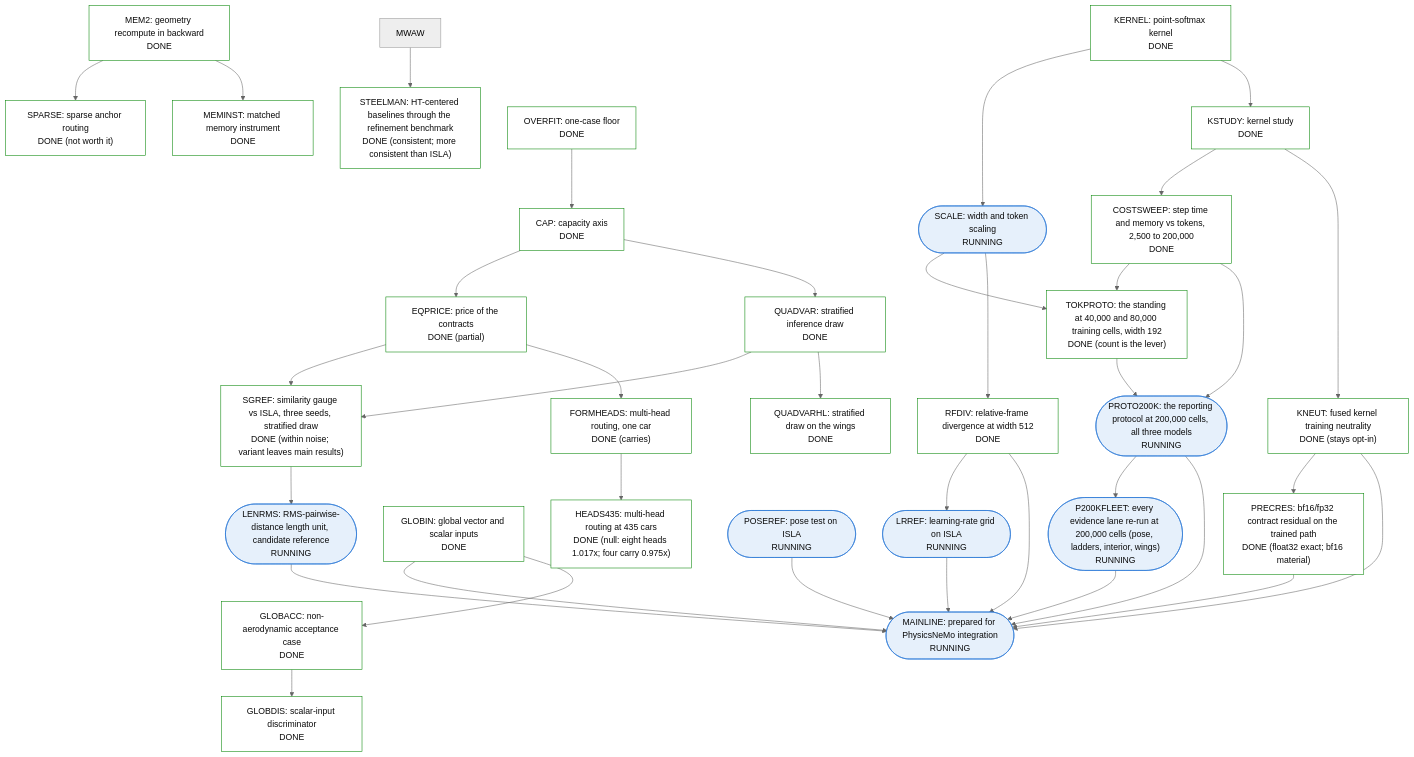
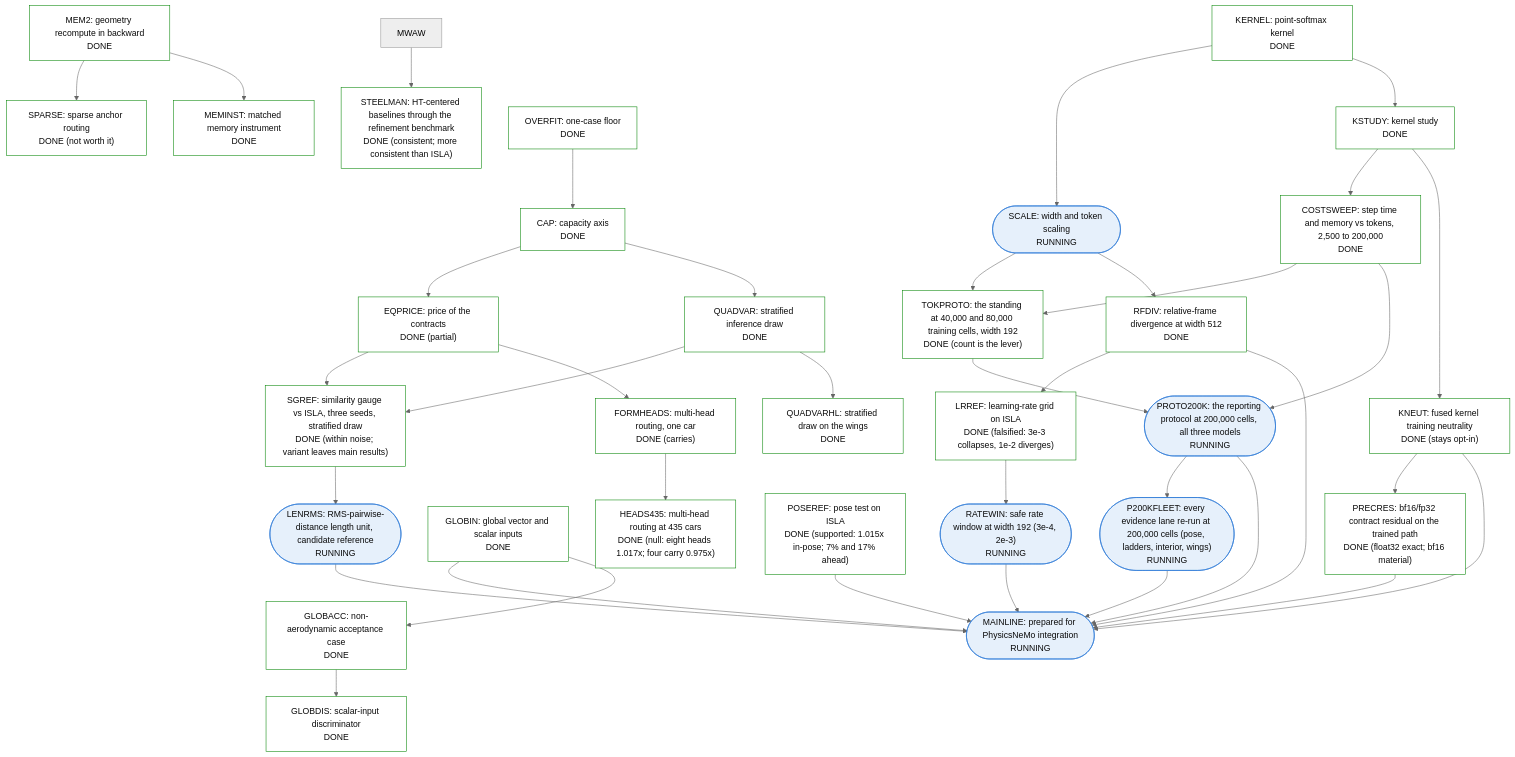
The fifth of 5 diagrams in examples/cfd/mesh_transformer/book/13-program-status.qmd (peterdsharpe/physicsnemo), drawn with Mermaid (neutral theme) before and after one commit. The commit also changed other lines of this file and 10 other files, not shown here.

````diff
--- a/examples/cfd/mesh_transformer/book/13-program-status.qmd
+++ b/examples/cfd/mesh_transformer/book/13-program-status.qmd
@@ -281,75 +281,77 @@
 ```{mermaid}
 %%| fig-cap: >
 %%|   Sub-tree 5: cost, scale, deficit anatomy and mainline. HEADS435 is the
 %%|   one node RUNNING with a bar that could change ISLA's
 %%|   configuration; MAINLINE is the productization node.
 flowchart TB
     classDef done fill:#ffffff,stroke:#008300,color:#0b0b0b
     classDef running fill:#e6f0fb,stroke:#2a78d6,color:#0b0b0b
     classDef planned fill:#ffffff,stroke:#898781,color:#0b0b0b,stroke-dasharray:4 3
     classDef stopped fill:#f4f3ee,stroke:#52514e,color:#0b0b0b
     MEM2["MEM2: geometry recompute in backward<br/>DONE"]:::done
     MEMINST["MEMINST: matched memory instrument<br/>DONE"]:::done
     SPARSE["SPARSE: sparse anchor routing<br/>DONE (not worth it)"]:::done
     KERNEL["KERNEL: point-softmax kernel<br/>DONE"]:::done
     KSTUDY["KSTUDY: kernel study<br/>DONE"]:::done
     KNEUT["KNEUT: fused kernel training neutrality<br/>DONE (stays opt-in)"]:::done
     SCALE(["SCALE: width and token scaling<br/>RUNNING"]):::running
     RFDIV["RFDIV: relative-frame divergence at width 512<br/>DONE"]:::done
     OVERFIT["OVERFIT: one-case floor<br/>DONE"]:::done
     CAP["CAP: capacity axis<br/>DONE"]:::done
     QUADVAR["QUADVAR: stratified inference draw<br/>DONE"]:::done
     QUADVARHL["QUADVARHL: stratified draw on the wings<br/>DONE"]:::done
     EQPRICE["EQPRICE: price of the contracts<br/>DONE (partial)"]:::done
     FORMHEADS["FORMHEADS: multi-head routing, one car<br/>DONE (carries)"]:::done
     HEADS435["HEADS435: multi-head routing at 435 cars<br/>DONE (null: eight heads 1.017x; four carry 0.975x)"]:::done
     GLOBIN["GLOBIN: global vector and scalar inputs<br/>DONE"]:::done
     GLOBACC["GLOBACC: non-aerodynamic acceptance case<br/>DONE"]:::done
     GLOBDIS["GLOBDIS: scalar-input discriminator<br/>DONE"]:::done
     MAINLINE(["MAINLINE: prepared for PhysicsNeMo integration<br/>RUNNING"]):::running
     PRECRES["PRECRES: bf16/fp32 contract residual on the trained path<br/>DONE (float32 exact; bf16 material)"]:::done
     SGREF["SGREF: similarity gauge vs ISLA, three seeds, stratified draw<br/>DONE (within noise; variant leaves main results)"]:::done
-    POSEREF(["POSEREF: pose test on ISLA<br/>RUNNING"]):::running
-    LRREF(["LRREF: learning-rate grid on ISLA<br/>RUNNING"]):::running
+    POSEREF["POSEREF: pose test on ISLA<br/>DONE (supported: 1.015x in-pose; 7% and 17% ahead)"]:::done
+    LRREF["LRREF: learning-rate grid on ISLA<br/>DONE (falsified: 3e-3 collapses, 1e-2 diverges)"]:::done
+    RATEWIN(["RATEWIN: safe rate window at width 192 (3e-4, 2e-3)<br/>RUNNING"]):::running
     LENRMS(["LENRMS: RMS-pairwise-distance length unit, candidate reference<br/>RUNNING"]):::running
     STEELMAN["STEELMAN: HT-centered baselines through the refinement benchmark<br/>DONE (consistent; more consistent than ISLA)"]:::done
     TOKPROTO["TOKPROTO: the standing at 40,000 and 80,000 training cells, width 192<br/>DONE (count is the lever)"]:::done
     PROTO200K(["PROTO200K: the reporting protocol at 200,000 cells, all three models<br/>RUNNING"]):::running
     P200KFLEET(["P200KFLEET: every evidence lane re-run at 200,000 cells (pose, ladders, interior, wings)<br/>RUNNING"]):::running
     COSTSWEEP["COSTSWEEP: step time and memory vs tokens, 2,500 to 200,000<br/>DONE"]:::done
     MEM2 --> MEMINST
     MEM2 --> SPARSE
     KERNEL --> KSTUDY
     KSTUDY --> KNEUT
     KERNEL --> SCALE
     SCALE --> RFDIV
     OVERFIT --> CAP
     CAP --> QUADVAR
     QUADVAR --> QUADVARHL
     CAP --> EQPRICE
     EQPRICE --> FORMHEADS
     FORMHEADS --> HEADS435
     GLOBIN --> GLOBACC
     GLOBACC --> GLOBDIS
     GLOBIN --> MAINLINE
     RFDIV --> MAINLINE
     KNEUT --> MAINLINE
     KNEUT --> PRECRES
     PRECRES --> MAINLINE
     QUADVAR --> SGREF
     EQPRICE --> SGREF
     RFDIV --> LRREF
     POSEREF --> MAINLINE
-    LRREF --> MAINLINE
+    LRREF --> RATEWIN
+    RATEWIN --> MAINLINE
     SGREF --> LENRMS
     LENRMS --> MAINLINE
     MWAW --> STEELMAN
     SCALE --> TOKPROTO
     TOKPROTO --> PROTO200K
     COSTSWEEP --> PROTO200K
     PROTO200K --> MAINLINE
     PROTO200K --> P200KFLEET
     P200KFLEET --> MAINLINE
     KSTUDY --> COSTSWEEP
     COSTSWEEP --> TOKPROTO
 ```
````
